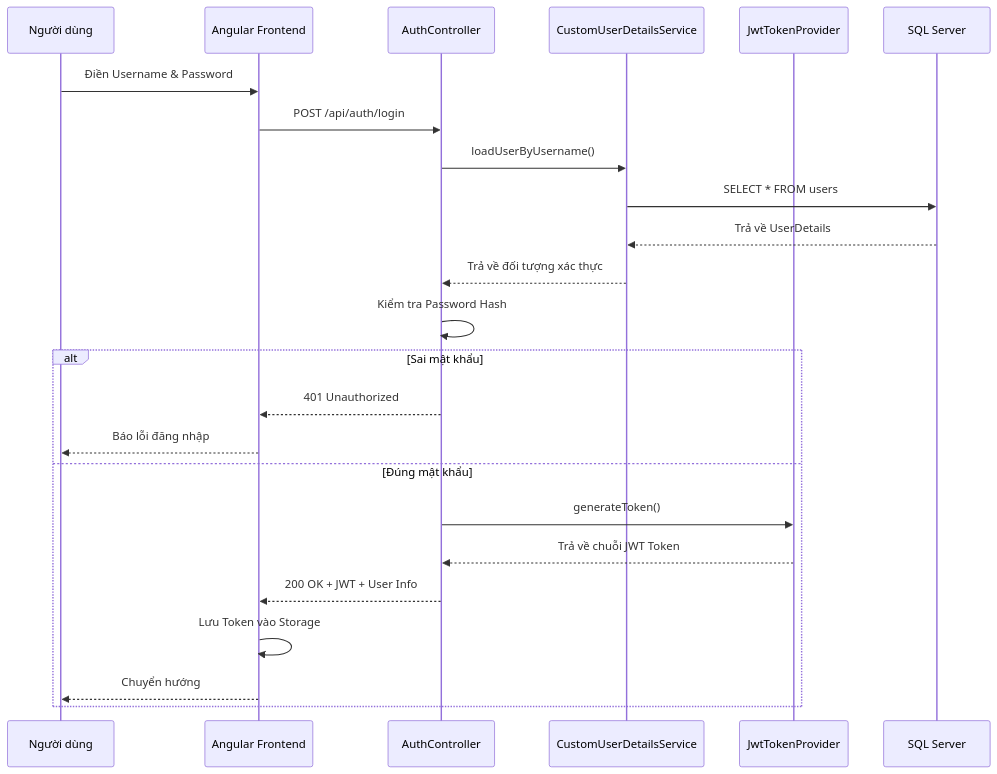
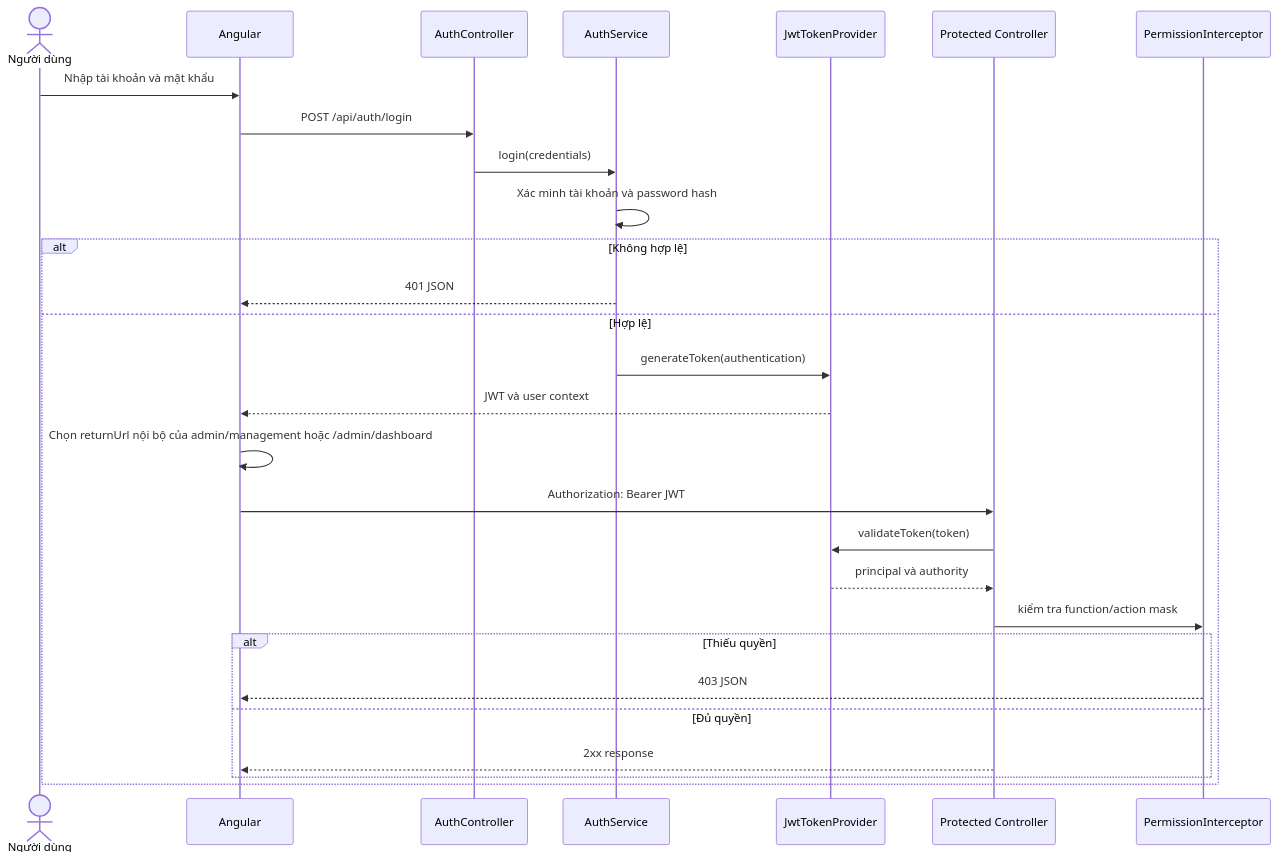
The eighth of 22 diagrams in docs/UML.md (GinNgo/He-thong-quan-ly-khach-san), drawn with Mermaid before and after one commit. The commit also changed other lines of this file and 335 other files, not shown here.

Commit message:
docs: update documentation, architecture reports and specs

````diff
--- a/docs/UML.md
+++ b/docs/UML.md
@@ -234,27 +410,31 @@
 ```mermaid
 sequenceDiagram
-    participant U as Người dùng
-    participant UI as Angular Frontend
-    participant C as AuthController
-    participant S as CustomUserDetailsService
+    actor User as Người dùng
+    participant UI as Angular
+    participant Auth as AuthController
+    participant Service as AuthService
     participant JWT as JwtTokenProvider
-    participant DB as SQL Server
+    participant API as Protected Controller
+    participant Permission as PermissionInterceptor
 
-    U->>UI: Điền Username & Password
-    UI->>C: POST /api/auth/login
-    C->>S: loadUserByUsername()
-    S->>DB: SELECT * FROM users
-    DB-->>S: Trả về UserDetails
-    S-->>C: Trả về đối tượng xác thực
-    C->>C: Kiểm tra Password Hash
-    alt Sai mật khẩu
-        C-->>UI: 401 Unauthorized
-        UI-->>U: Báo lỗi đăng nhập
-    else Đúng mật khẩu
-        C->>JWT: generateToken()
-        JWT-->>C: Trả về chuỗi JWT Token
-        C-->>UI: 200 OK + JWT + User Info
-        UI->>UI: Lưu Token vào Storage
-        UI-->>U: Chuyển hướng
+    User->>UI: Nhập tài khoản và mật khẩu
+    UI->>Auth: POST /api/auth/login
+    Auth->>Service: login(credentials)
+    Service->>Service: Xác minh tài khoản và password hash
+    alt Không hợp lệ
+        Service-->>UI: 401 JSON
+    else Hợp lệ
+        Service->>JWT: generateToken(authentication)
+        JWT-->>UI: JWT và user context
+        UI->>UI: Chọn returnUrl nội bộ của admin/management hoặc /admin/dashboard
+        UI->>API: Authorization: Bearer JWT
+        API->>JWT: validateToken(token)
+        JWT-->>API: principal và authority
+        API->>Permission: kiểm tra function/action mask
+        alt Thiếu quyền
+            Permission-->>UI: 403 JSON
+        else Đủ quyền
+            API-->>UI: 2xx response
+        end
     end
 ```
````
